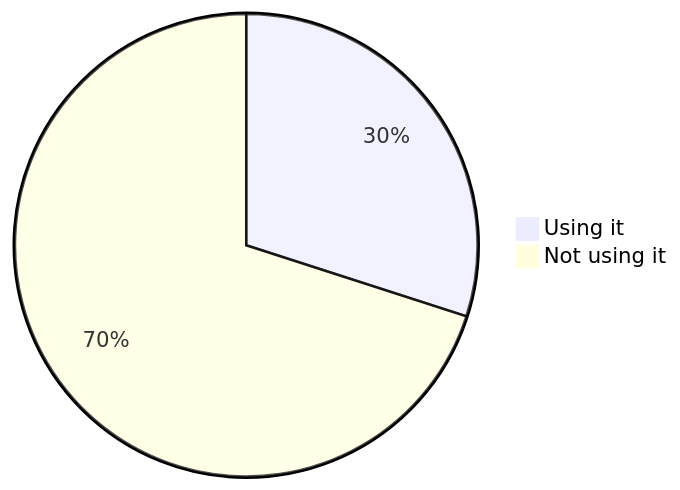
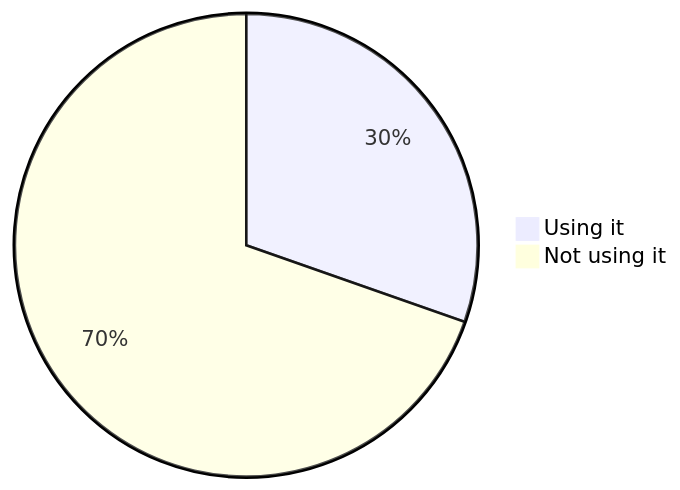
Diagram 16 of 22 in stats.md (oshp/oshp-stats), drawn with Mermaid before and after one commit. The commit also changed other lines of this file, not shown here.

````diff
--- a/stats.md
+++ b/stats.md
@@ -190,6 +190,6 @@
 ```mermaid
 pie
-	"Using it" : 29.97
-	"Not using it" : 70.03
+	"Using it" : 30.37
+	"Not using it" : 69.63
 
 ```
````
